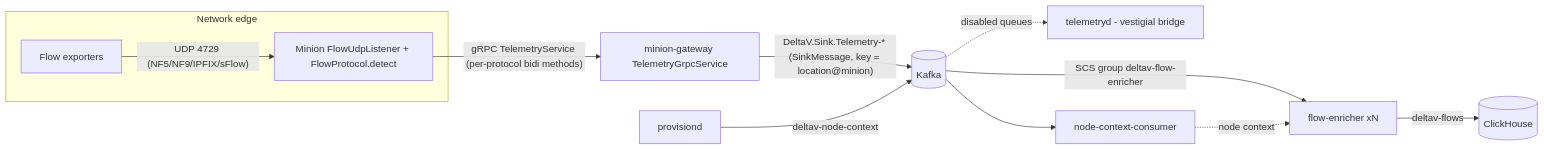
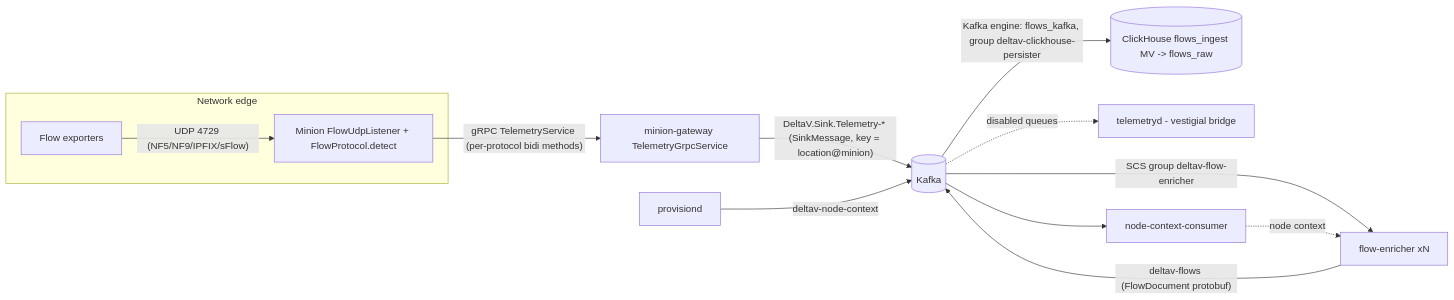
Before and after one commit to pbrane/delta-v: the diagram in docs/architecture/deltav-telemetryd-architecture.md, drawn with Mermaid. The commit also changed other lines of this file, not shown here.

First line of the commit message:
docs: document ClickHouse Kafka-engine consumer for enriched flows

````diff
--- a/docs/architecture/deltav-telemetryd-architecture.md
+++ b/docs/architecture/deltav-telemetryd-architecture.md
@@ -191,13 +226,14 @@
 ```mermaid
 flowchart LR
     subgraph edge [Network edge]
         EXP[Flow exporters] -->|"UDP 4729 (NF5/NF9/IPFIX/sFlow)"| MIN[Minion FlowUdpListener + FlowProtocol.detect]
     end
     MIN -->|"gRPC TelemetryService (per-protocol bidi methods)"| GW[minion-gateway TelemetryGrpcService]
     GW -->|"DeltaV.Sink.Telemetry-* (SinkMessage, key = location@minion)"| K[(Kafka)]
     K -->|"SCS group deltav-flow-enricher"| FE[flow-enricher xN]
-    FE -->|deltav-flows| CH[(ClickHouse)]
+    FE -->|"deltav-flows (FlowDocument protobuf)"| K
+    K -->|"Kafka engine: flows_kafka, group deltav-clickhouse-persister"| CH[(ClickHouse flows_ingest MV -> flows_raw)]
     K -.->|"disabled queues"| TD[telemetryd - vestigial bridge]
     PROV[provisiond] -->|deltav-node-context| K
     K --> NCC[node-context-consumer] -.->|node context| FE
 ```
````
